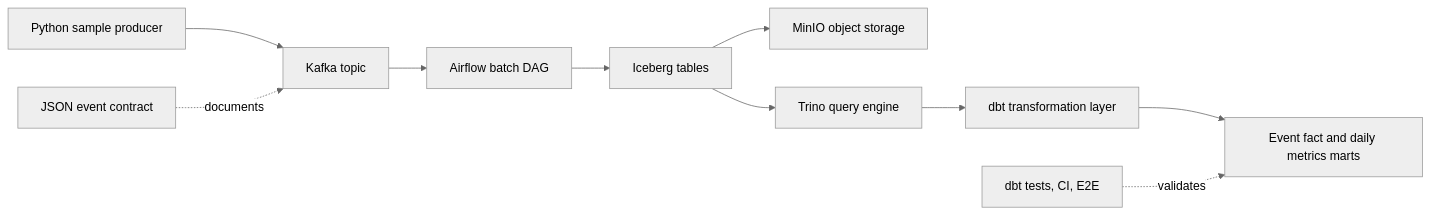
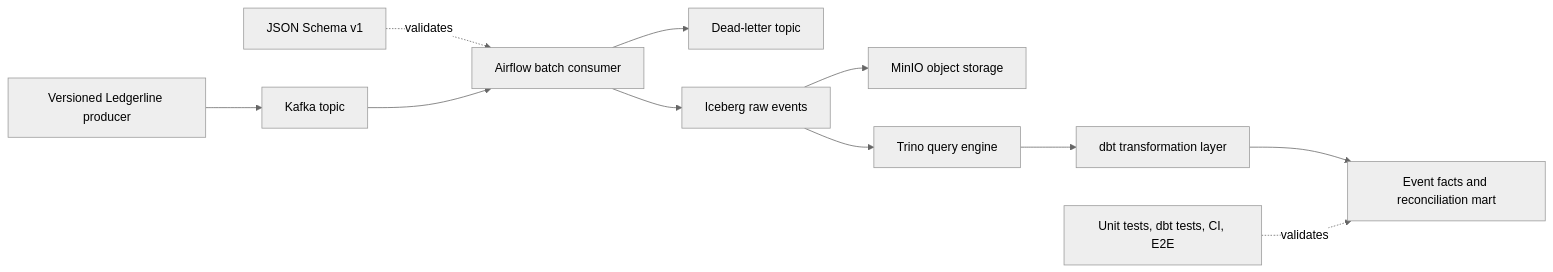
One commit to AndrewLhn/CLOUD-NATIVE-DATA-PLATFORM changed the diagram in docs/architecture.md. Above: the diagram before and after it, drawn with Mermaid (neutral theme). The commit also changed other lines of this file, not shown here.

Commit message:
docs: update architecture for validation and reconciliation flow

```diff
--- a/docs/architecture.md
+++ b/docs/architecture.md
@@ -16,12 +16,13 @@
 ~~~mermaid
 flowchart LR
-    Producer[Python sample producer] --> Kafka[Kafka topic]
-    Contract[JSON event contract] -. documents .-> Kafka
-    Kafka --> Airflow[Airflow batch DAG]
-    Airflow --> Iceberg[Iceberg tables]
+    Producer[Versioned Ledgerline producer] --> Kafka[Kafka topic]
+    Schema[JSON Schema v1] -. validates .-> Consumer
+    Kafka --> Consumer[Airflow batch consumer]
+    Consumer --> DLQ[Dead-letter topic]
+    Consumer --> Iceberg[Iceberg raw events]
     Iceberg --> MinIO[MinIO object storage]
     Iceberg --> Trino[Trino query engine]
     Trino --> dbt[dbt transformation layer]
-    dbt --> Marts[Event fact and daily metrics marts]
-    Checks[dbt tests, CI, E2E] -. validates .-> Marts
+    dbt --> Marts[Event facts and reconciliation mart]
+    Checks[Unit tests, dbt tests, CI, E2E] -. validates .-> Marts
 ~~~
```
